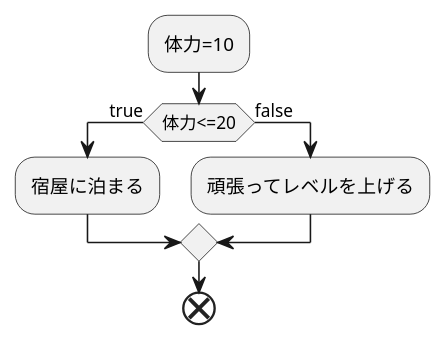
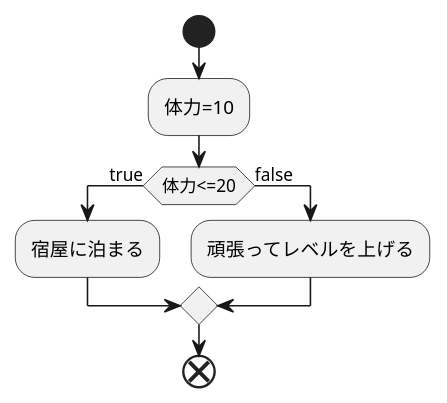
Before and after one commit to Aso2001218/2021sys-design: the diagram in 第四回レポート.md, drawn with PlantUML.

````diff
--- a/第四回レポート.md
+++ b/第四回レポート.md
@@ -1,12 +1,13 @@
 ```uml
 @startuml
+start
 :体力=10;
 if(体力<=20) then (true)
 :宿屋に泊まる;
 else (false)
 :頑張ってレベルを上げる;
 endif
 
 end
 @enduml
 ```
````
